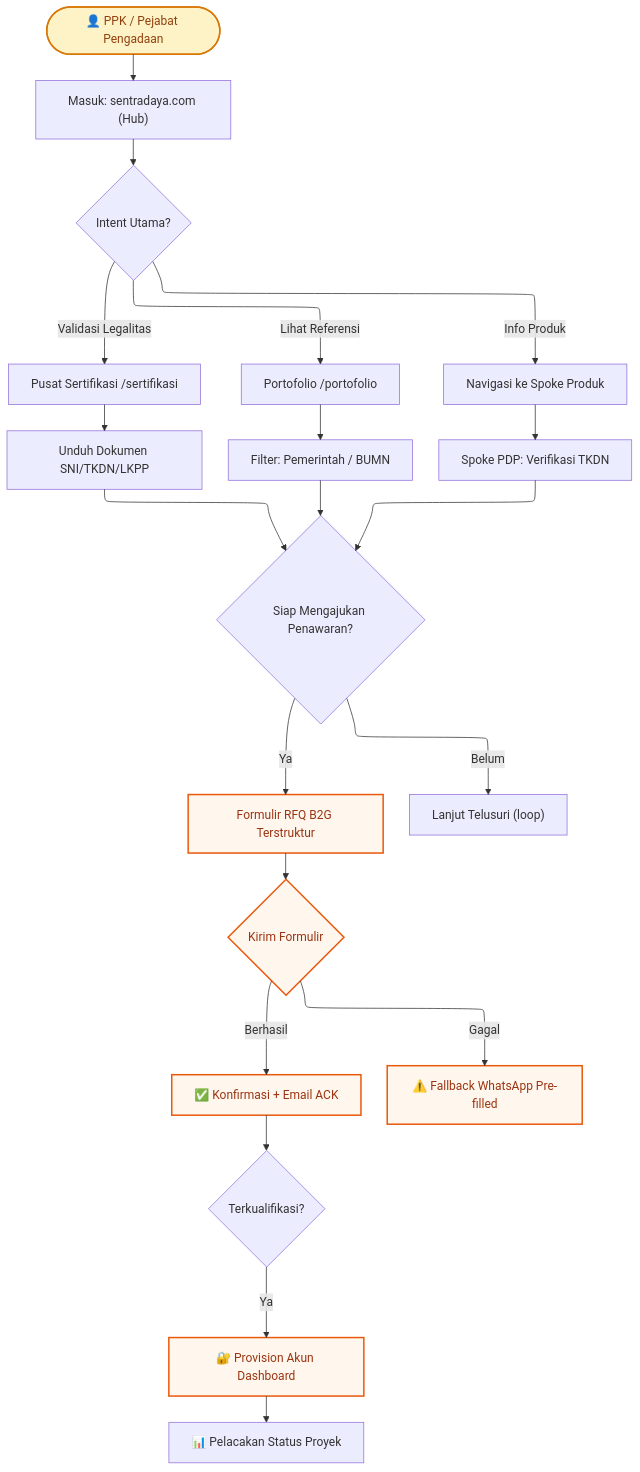
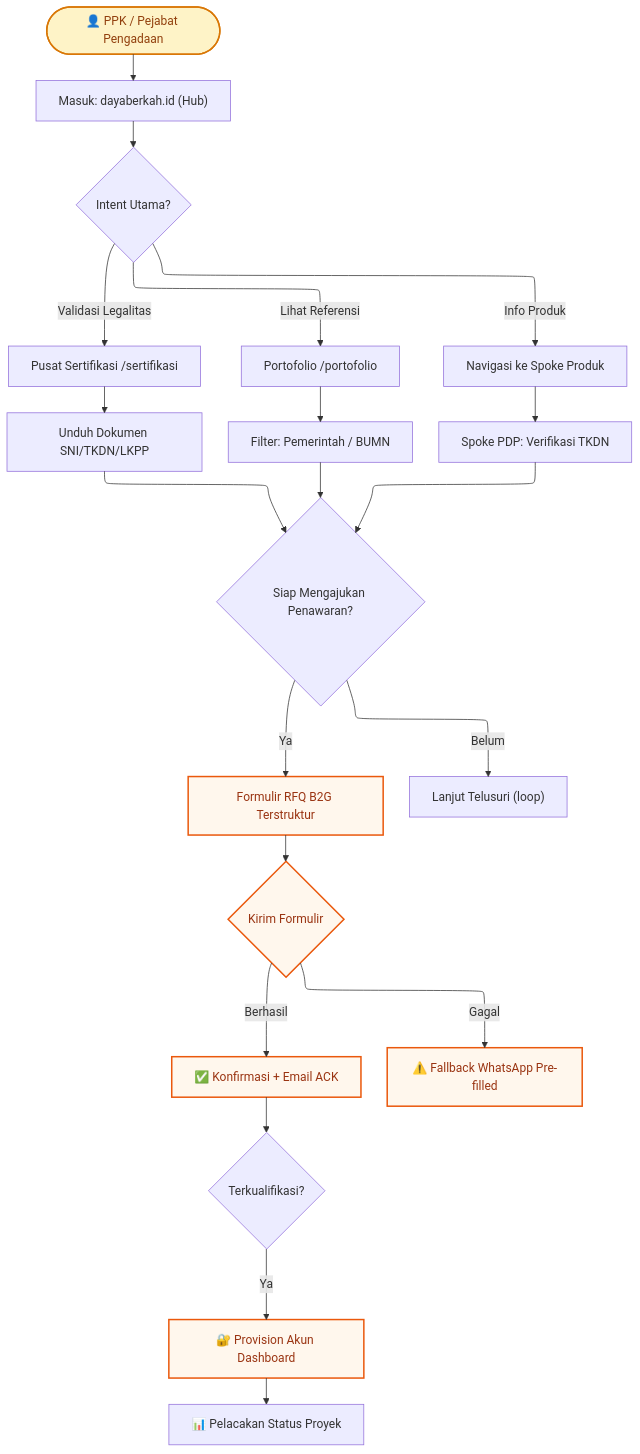
The first of 2 diagrams in docs/core/prd/prd-c-level-segment-focus.md (pxrzival404/arostech-hub), drawn with Mermaid before and after one commit. The commit also changed other lines of this file and 27 other files, not shown here.

````diff
--- a/docs/core/prd/prd-c-level-segment-focus.md
+++ b/docs/core/prd/prd-c-level-segment-focus.md
@@ -76,34 +79,34 @@
 ```mermaid
 ---
 config:
   layout: elk
 ---
 flowchart TD
     classDef entry fill:#fef3c7,stroke:#d97706,stroke-width:2px,color:#92400e
     classDef conversion fill:#fff7ed,stroke:#ea580c,stroke-width:2px,color:#9a3412
 
     A(["👤 PPK / Pejabat Pengadaan"])
-    A --> B["Masuk: sentradaya.com (Hub)"]
+    A --> B["Masuk: dayaberkah.id (Hub)"]
     B --> C{"Intent Utama?"}
     C -->|"Validasi Legalitas"| D["Pusat Sertifikasi /sertifikasi"]
     C -->|"Lihat Referensi"| E["Portofolio /portofolio"]
     C -->|"Info Produk"| F["Navigasi ke Spoke Produk"]
     D --> G["Unduh Dokumen SNI/TKDN/LKPP"]
     E --> H["Filter: Pemerintah / BUMN"]
     F --> I["Spoke PDP: Verifikasi TKDN"]
     G & H & I --> J{"Siap Mengajukan Penawaran?"}
     J -->|"Ya"| K["Formulir RFQ B2G Terstruktur"]
     J -->|"Belum"| L["Lanjut Telusuri (loop)"]
     K --> M{"Kirim Formulir"}
     M -->|"Berhasil"| N["✅ Konfirmasi + Email ACK"]
     N --> O{"Terkualifikasi?"}
     O -->|"Ya"| P["🔐 Provision Akun Dashboard"]
     P --> Q["📊 Pelacakan Status Proyek"]
     M -->|"Gagal"| R["⚠️ Fallback WhatsApp Pre-filled"]
     class A entry
     class K conversion
     class M conversion
     class N conversion
     class P conversion
     class R conversion
 ```
````
